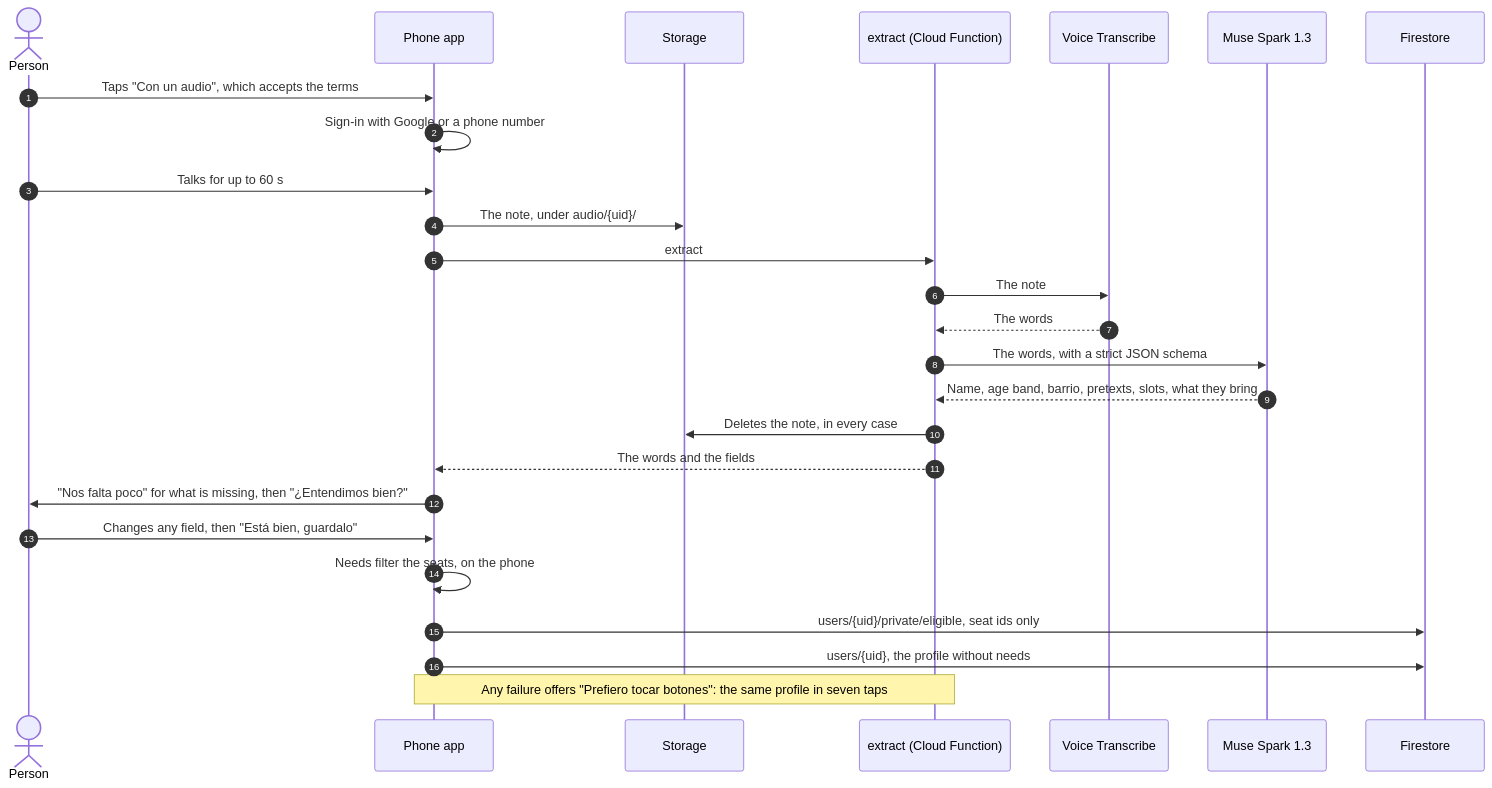
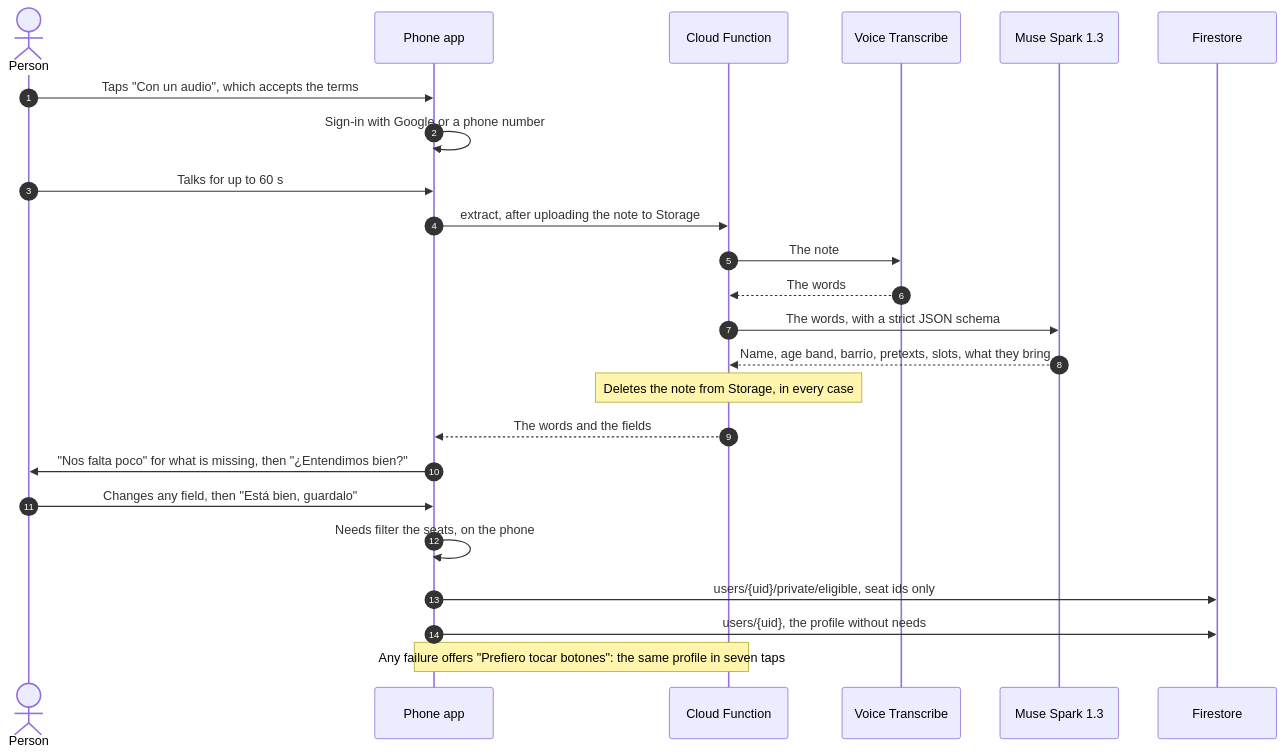
One commit to Cirorx/ronda changed the second of 3 diagrams in README.md. Above: the diagram before and after it, drawn with Mermaid.

Commit message:
Narrow the README's voice sign-up diagram
Seven columns made the sequence too small to read at GitHub's width. Storage becomes a note on
the function's side (the upload, and the deletion in every case), which leaves six.

Part of #32.

````diff
--- a/README.md
+++ b/README.md
@@ -156,28 +156,26 @@
 ```mermaid
 sequenceDiagram
   autonumber
   actor P as Person
   participant App as Phone app
-  participant St as Storage
-  participant Fn as extract (Cloud Function)
+  participant Fn as Cloud Function
   participant VT as Voice Transcribe
   participant SP as Muse Spark 1.3
   participant FS as Firestore
   P->>App: Taps "Con un audio", which accepts the terms
   App->>App: Sign-in with Google or a phone number
   P->>App: Talks for up to 60 s
-  App->>St: The note, under audio/{uid}/
-  App->>Fn: extract
+  App->>Fn: extract, after uploading the note to Storage
   Fn->>VT: The note
   VT-->>Fn: The words
   Fn->>SP: The words, with a strict JSON schema
   SP-->>Fn: Name, age band, barrio, pretexts, slots, what they bring
-  Fn->>St: Deletes the note, in every case
+  Note over Fn: Deletes the note from Storage, in every case
   Fn-->>App: The words and the fields
   App->>P: "Nos falta poco" for what is missing, then "¿Entendimos bien?"
   P->>App: Changes any field, then "Está bien, guardalo"
   App->>App: Needs filter the seats, on the phone
   App->>FS: users/{uid}/private/eligible, seat ids only
   App->>FS: users/{uid}, the profile without needs
   Note over App,Fn: Any failure offers "Prefiero tocar botones": the same profile in seven taps
 ```
````
